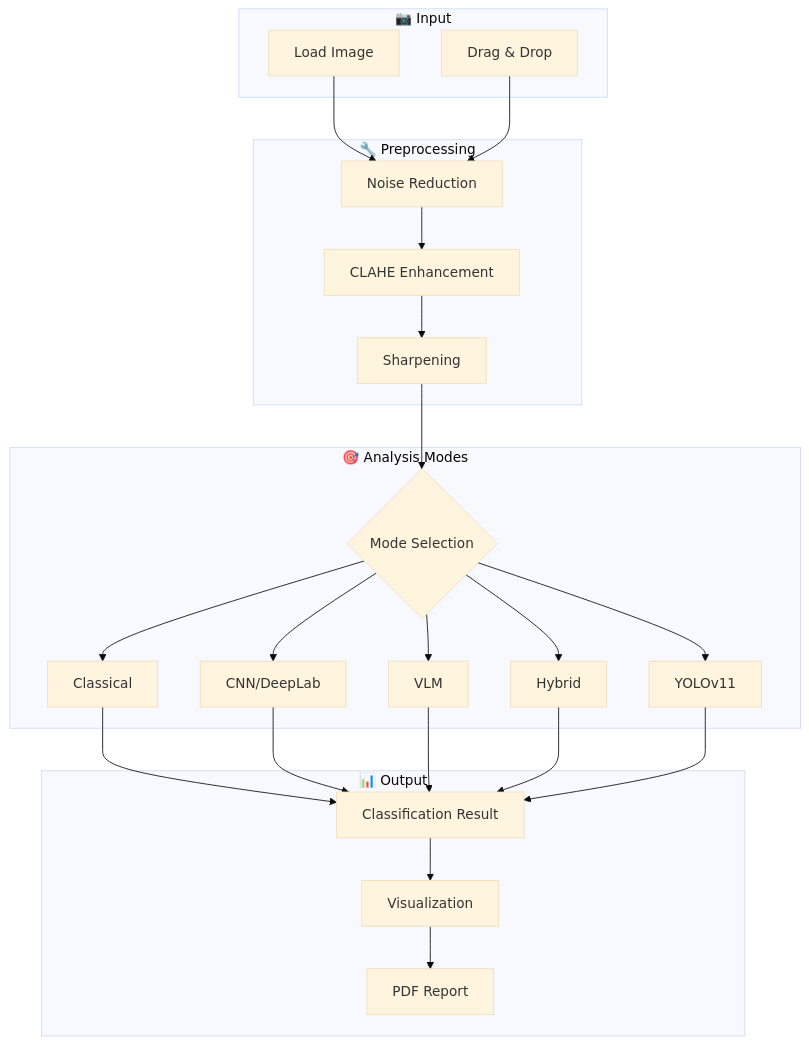
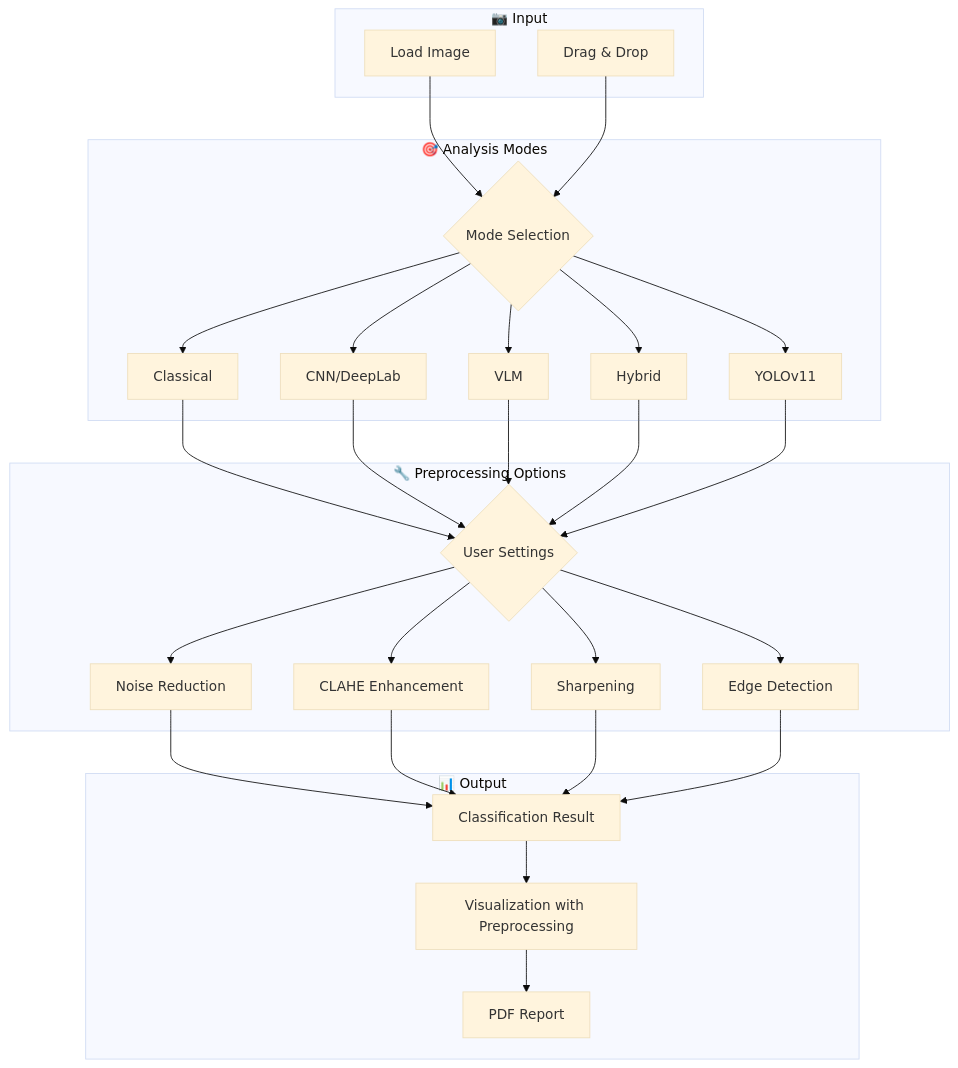
Before and after one commit to YoRzHe-HotaaRu/CSC566-Mini-Project-ClaRity: the first of 5 diagrams in REPORT.md, drawn with Mermaid (base theme). The commit also changed other lines of this file and 1 other file, not shown here.

````diff
--- a/REPORT.md
+++ b/REPORT.md
@@ -100,35 +132,38 @@
 ```mermaid
 flowchart TB
     subgraph Input["📷 Input"]
         A[Load Image]
         B[Drag & Drop]
     end
     
-    subgraph Preprocessing["🔧 Preprocessing"]
-        C[Noise Reduction]
-        D[CLAHE Enhancement]
-        E[Sharpening]
+    subgraph Preprocessing["🔧 Preprocessing Options"]
+        C{User Settings}
+        C1[Noise Reduction]
+        C2[CLAHE Enhancement]
+        C3[Sharpening]
+        C4[Edge Detection]
     end
     
     subgraph Modes["🎯 Analysis Modes"]
         F{Mode Selection}
         G[Classical]
         H[CNN/DeepLab]
         I[VLM]
         J[Hybrid]
         K[YOLOv11]
     end
     
     subgraph Output["📊 Output"]
         L[Classification Result]
-        M[Visualization]
+        M[Visualization with Preprocessing]
         N[PDF Report]
     end
     
-    A --> C
-    B --> C
-    C --> D --> E --> F
+    A --> F
+    B --> F
     F --> G & H & I & J & K
-    G & H & I & J & K --> L
+    G & H & I & J & K --> C
+    C --> C1 & C2 & C3 & C4
+    C1 & C2 & C3 & C4 --> L
     L --> M --> N
 ```
````
